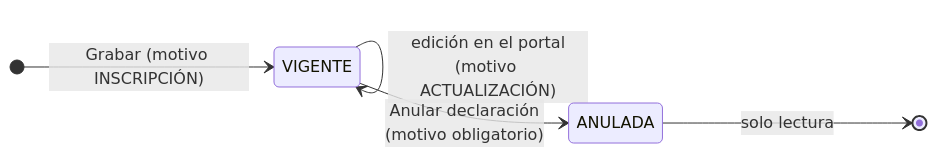
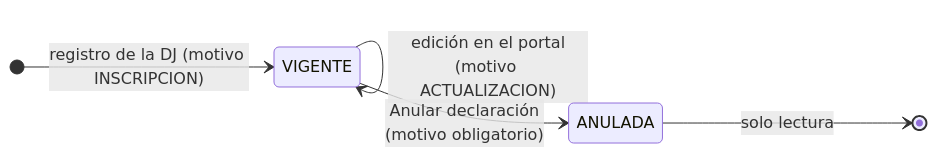
Before and after one commit to wasichai/srtm-backend: the diagram in docs/manuales/recursos/diagramas/ciclo-dj.mmd, drawn with Mermaid. The commit also changed 10 other files, not shown here.

First line of the commit message:
docs(manuales): diagramas con chrome-headless-shell y ciclo de la DJ corregido

```diff
--- a/docs/manuales/recursos/diagramas/ciclo-dj.mmd
+++ b/docs/manuales/recursos/diagramas/ciclo-dj.mmd
@@ -1,6 +1,6 @@
 stateDiagram-v2
   direction LR
-  [*] --> VIGENTE: Grabar (motivo INSCRIPCIÓN)
-  VIGENTE --> VIGENTE: edición en el portal<br/>(motivo ACTUALIZACIÓN)
+  [*] --> VIGENTE: registro de la DJ (motivo INSCRIPCION)
+  VIGENTE --> VIGENTE: edición en el portal<br/>(motivo ACTUALIZACION)
   VIGENTE --> ANULADA: Anular declaración<br/>(motivo obligatorio)
   ANULADA --> [*]: solo lectura
```
